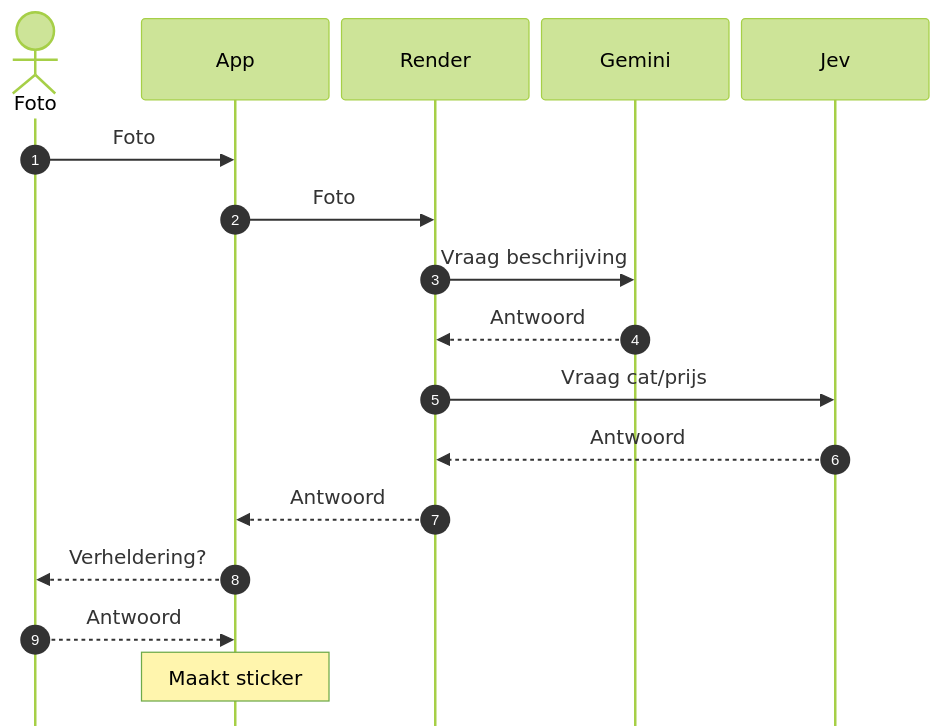
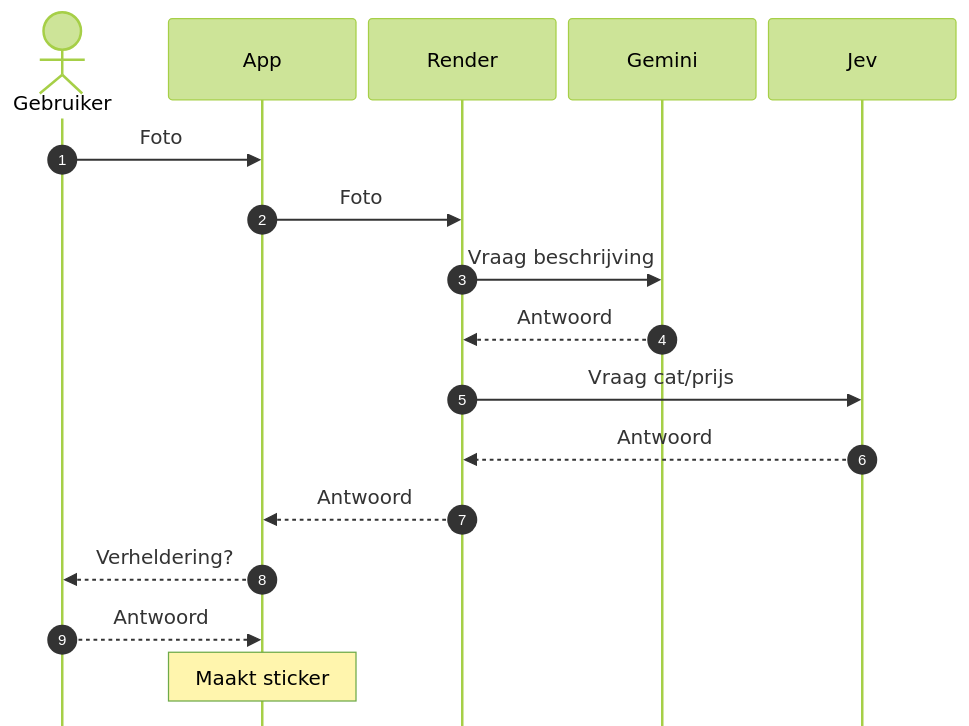
One commit to tomsch1kels/shittier changed the diagram in Wireframes/sequenceDiag.md. Above: the diagram before and after it, drawn with Mermaid (forest theme).

Commit message:
Edit seq diag

````diff
--- a/Wireframes/sequenceDiag.md
+++ b/Wireframes/sequenceDiag.md
@@ -1,31 +1,31 @@
 ```mermaid
 %%{init: {
   "sequence": {
     "actorMargin": 10,
     "messageMargin": 10,
     "messageFontSize": 11,
     "actorFontSize": 11,
     "noteFontSize": 11,
     "wrap": true,
     "mirrorActors": false
   }
 }}%%
 sequenceDiagram
     autonumber
-    actor M as Foto
+    actor M as Gebruiker
     participant A as App
     participant R as Render
     participant G as Gemini
     participant J as Jev
 
     M->>A: Foto
     A->>R: Foto
     R->>G: Vraag beschrijving
     G-->>R: Antwoord
     R->>J: Vraag cat/prijs
     J-->>R: Antwoord
     R-->>A: Antwoord
     A-->>M: Verheldering?
     M-->>A: Antwoord
     Note over A: Maakt sticker
 ```
````
